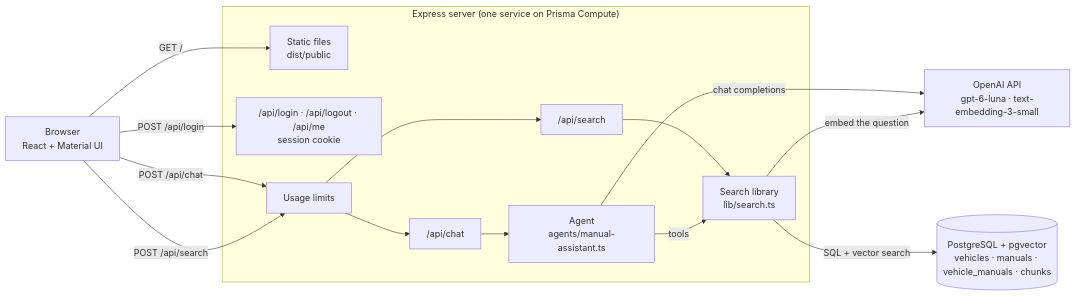
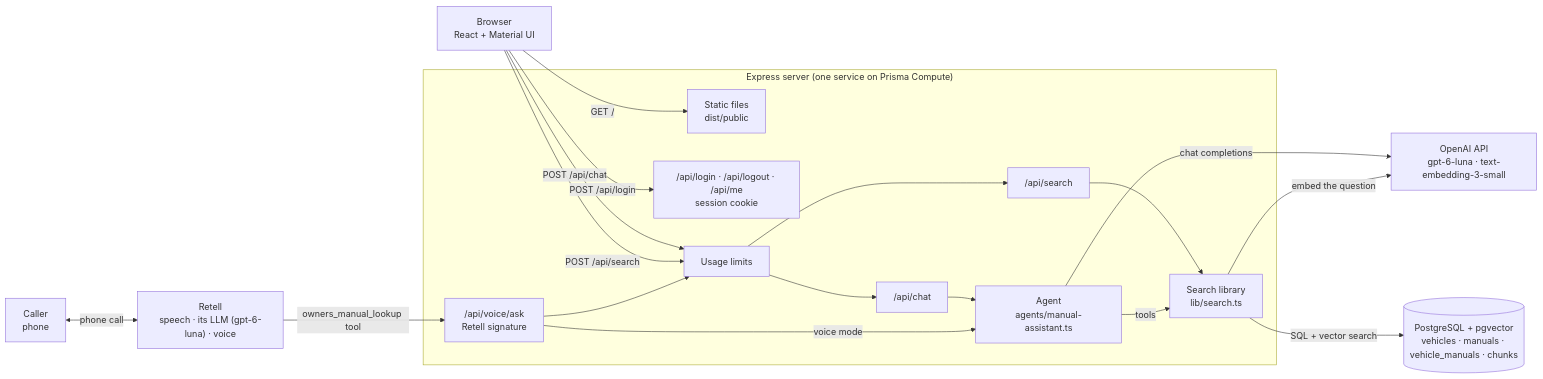
One commit to vascojm82/ai-eng-capstone-project changed the first of 9 diagrams in README.md. Above: the diagram before and after it, drawn with Mermaid. The commit also changed other lines of this file and 1 other file, not shown here.

First line of the commit message:
README: phone agent setup, demo line and local testing

````diff
--- a/README.md
+++ b/README.md
@@ -62,26 +62,32 @@
 ```mermaid
 flowchart LR
     Browser["Browser<br/>React + Material UI"]
+    Caller["Caller<br/>phone"]
+    Retell["Retell<br/>speech · its LLM (gpt-6-luna) · voice"]
 
     subgraph Service["Express server (one service on Prisma Compute)"]
         Static["Static files<br/>dist/public"]
         Auth["/api/login · /api/logout · /api/me<br/>session cookie"]
         Limits["Usage limits"]
         Chat["/api/chat"]
         Search["/api/search"]
+        Voice["/api/voice/ask<br/>Retell signature"]
         Agent["Agent<br/>agents/manual-assistant.ts"]
         Lib["Search library<br/>lib/search.ts"]
     end
 
     DB[("PostgreSQL + pgvector<br/>vehicles · manuals · vehicle_manuals · chunks")]
     OpenAI["OpenAI API<br/>gpt-6-luna · text-embedding-3-small"]
 
     Browser -->|"GET /"| Static
     Browser -->|"POST /api/login"| Auth
     Browser -->|"POST /api/chat"| Limits --> Chat --> Agent
     Browser -->|"POST /api/search"| Limits --> Search --> Lib
+    Caller <-->|"phone call"| Retell
+    Retell -->|"owners_manual_lookup tool"| Voice --> Limits
+    Voice -->|"voice mode"| Agent
     Agent -->|"tools"| Lib
     Agent -->|"chat completions"| OpenAI
     Lib -->|"embed the question"| OpenAI
     Lib -->|"SQL + vector search"| DB
 ```
````
